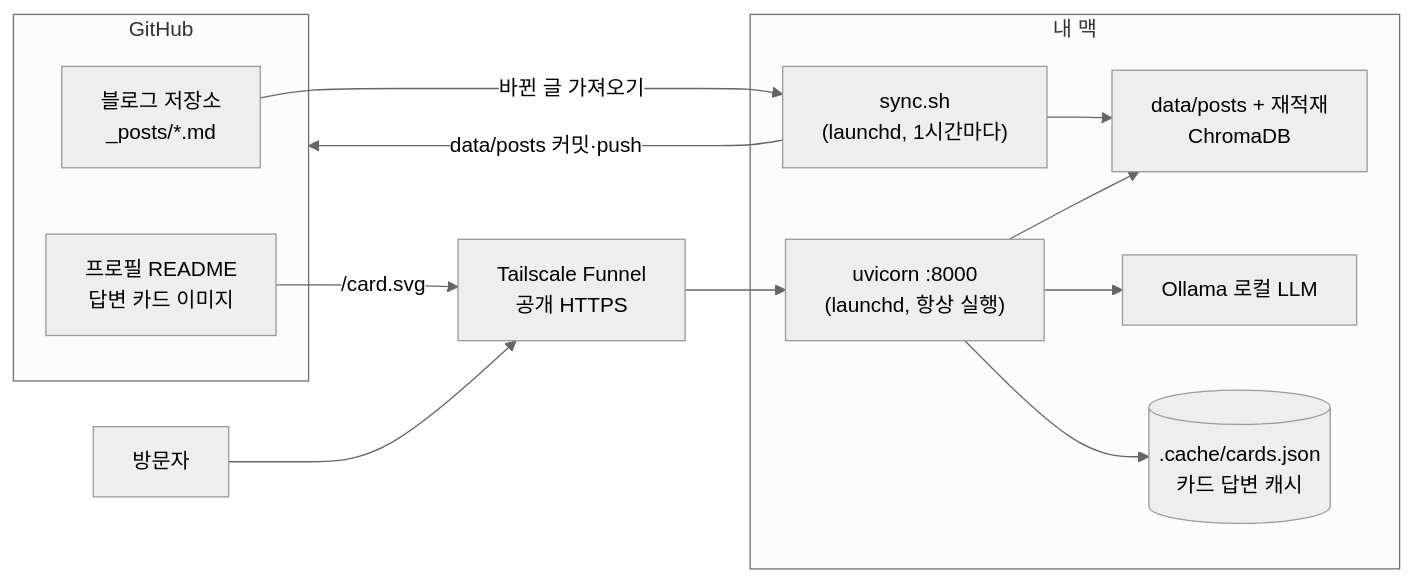
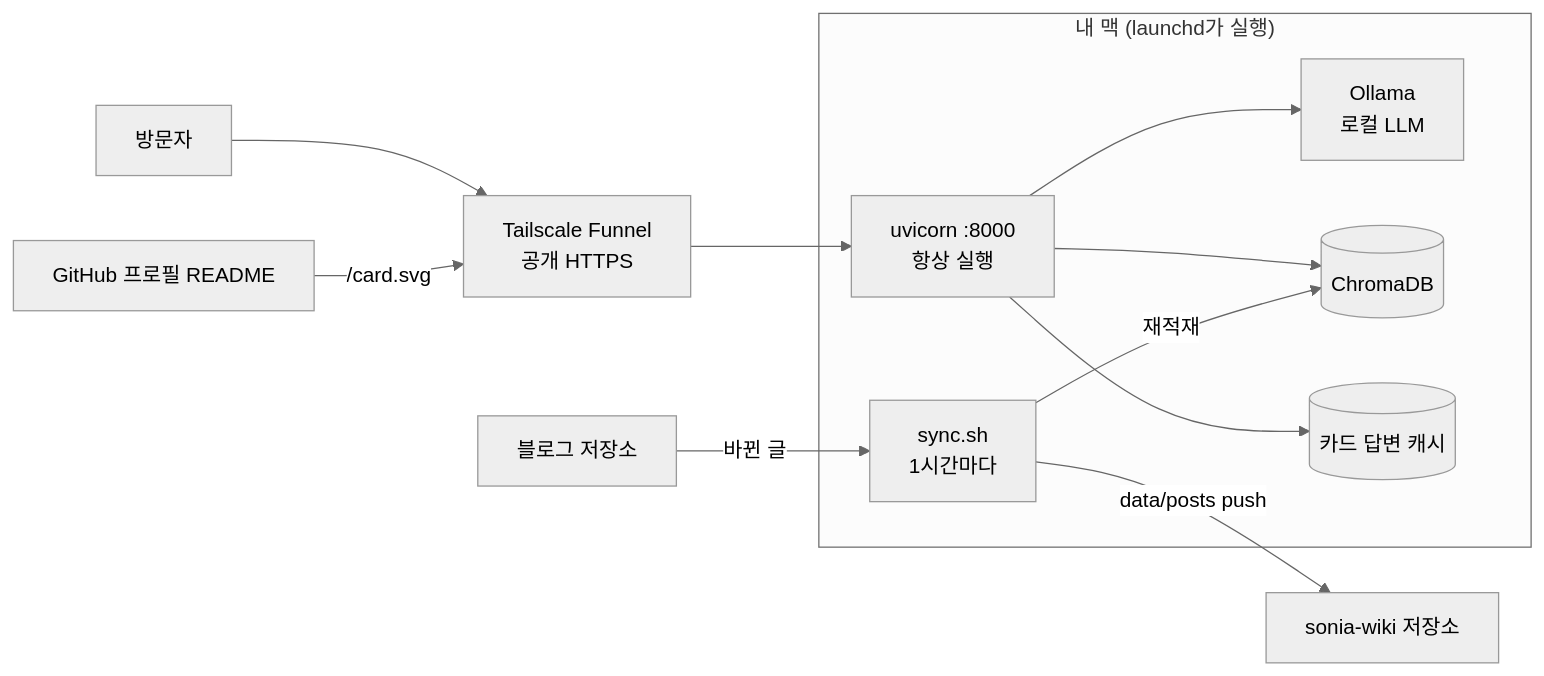
One commit to ckdtjs505/sonia-wiki changed the second of 2 diagrams in README.md. Above: the diagram before and after it, drawn with Mermaid (neutral theme).

Commit message:
README: 운영 구조 그림 화살표 정리 (push 대상이 sonia-wiki 저장소)

````diff
--- a/README.md
+++ b/README.md
@@ -34,17 +34,14 @@
 ```mermaid
 flowchart LR
-  subgraph GH["GitHub"]
-    B[블로그 저장소<br/>_posts/*.md]
-    P[프로필 README<br/>답변 카드 이미지]
+  V[방문자] --> F
+  P[GitHub 프로필 README] -- /card.svg --> F
+  F[Tailscale Funnel<br/>공개 HTTPS] --> U
+  subgraph MAC["내 맥 (launchd가 실행)"]
+    U["uvicorn :8000<br/>항상 실행"] --> O[Ollama<br/>로컬 LLM]
+    U --> D[(ChromaDB)]
+    U --> C[(카드 답변 캐시)]
+    S["sync.sh<br/>1시간마다"] -- 재적재 --> D
   end
-  subgraph MAC["내 맥"]
-    S["sync.sh<br/>(launchd, 1시간마다)"] --> D[data/posts + 재적재<br/>ChromaDB]
-    U["uvicorn :8000<br/>(launchd, 항상 실행)"] --> D
-    U --> O[Ollama 로컬 LLM]
-    U --> C[(.cache/cards.json<br/>카드 답변 캐시)]
-  end
-  B -- 바뀐 글 가져오기 --> S
-  S -- data/posts 커밋·push --> GH
-  V[방문자] --> F[Tailscale Funnel<br/>공개 HTTPS] --> U
-  P -- /card.svg --> F
+  B[블로그 저장소] -- 바뀐 글 --> S
+  S -- data/posts push --> R[sonia-wiki 저장소]
 ```
````
